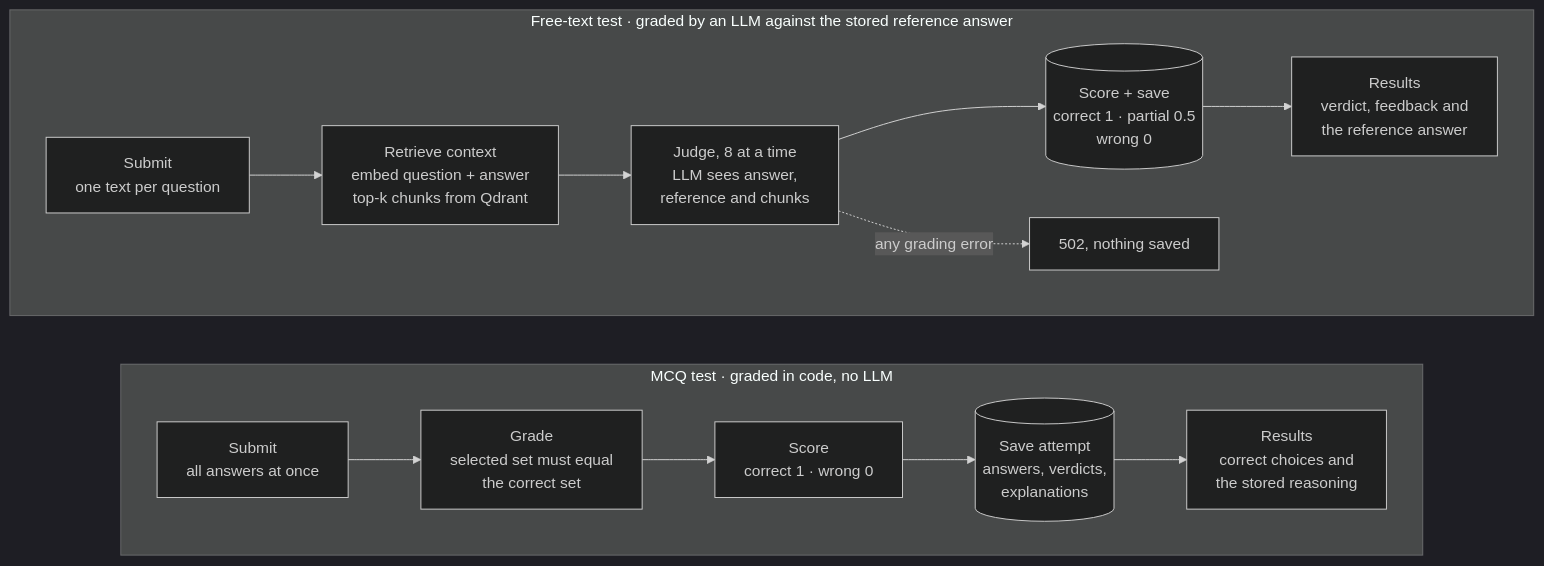
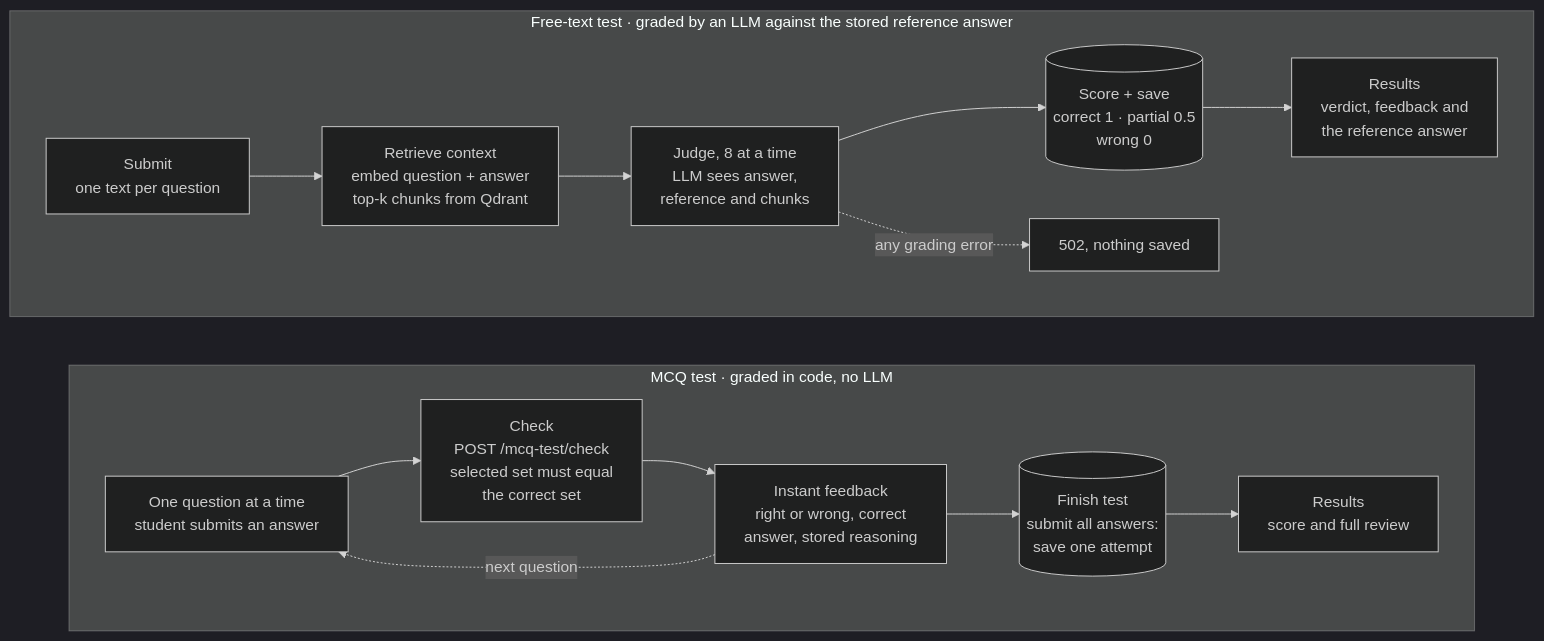
The third of 4 diagrams in docs/architecture.md (emeraldgold2026/lesson-quiz-app), drawn with Mermaid (dark theme) before and after one commit. The commit also changed 10 other files, not shown here.

First line of the commit message:
Show MCQs one at a time with instant feedback

````diff
--- a/docs/architecture.md
+++ b/docs/architecture.md
@@ -50,13 +50,14 @@
 ```mermaid
 flowchart LR
     subgraph MCQ["MCQ test · graded in code, no LLM"]
         direction LR
-        M1["Submit<br/>all answers at once"] --> M2["Grade<br/>selected set must equal<br/>the correct set"] --> M3["Score<br/>correct 1 · wrong 0"] --> M4[("Save attempt<br/>answers, verdicts,<br/>explanations")] --> M5["Results<br/>correct choices and<br/>the stored reasoning"]
+        M1["One question at a time<br/>student submits an answer"] --> M2["Check<br/>POST /mcq-test/check<br/>selected set must equal<br/>the correct set"] --> M3["Instant feedback<br/>right or wrong, correct<br/>answer, stored reasoning"] --> M4[("Finish test<br/>submit all answers:<br/>save one attempt")] --> M5["Results<br/>score and full review"]
+        M3 -.->|"next question"| M1
     end
 
     subgraph FT["Free-text test · graded by an LLM against the stored reference answer"]
         direction LR
         F1["Submit<br/>one text per question"] --> F2["Retrieve context<br/>embed question + answer<br/>top-k chunks from Qdrant"] --> F3["Judge, 8 at a time<br/>LLM sees answer,<br/>reference and chunks"] --> F4[("Score + save<br/>correct 1 · partial 0.5<br/>wrong 0")] --> F5["Results<br/>verdict, feedback and<br/>the reference answer"]
         F3 -.->|"any grading error"| FE["502, nothing saved"]
     end
 ```
````
